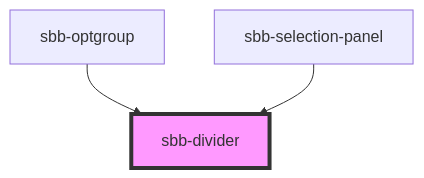
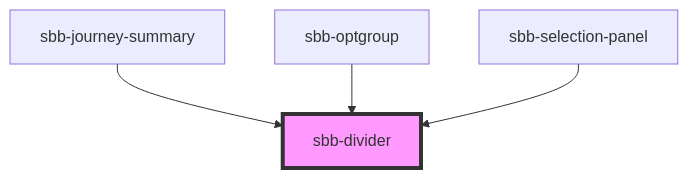
The diagram in src/components/sbb-divider/readme.md (sbb-design-systems/lyne-components), drawn with Mermaid before and after one commit. The commit also changed other lines of this file and 6 other files, not shown here.

````diff
--- a/src/components/sbb-divider/readme.md
+++ b/src/components/sbb-divider/readme.md
@@ -25,6 +26,7 @@
 ```mermaid
 graph TD;
+  sbb-journey-summary --> sbb-divider
   sbb-optgroup --> sbb-divider
   sbb-selection-panel --> sbb-divider
   style sbb-divider fill:#f9f,stroke:#333,stroke-width:4px
 ```
````
